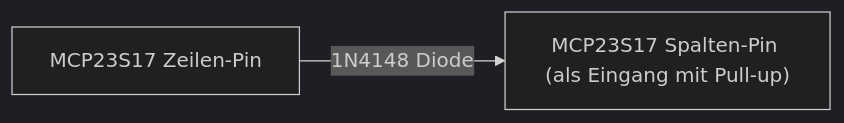
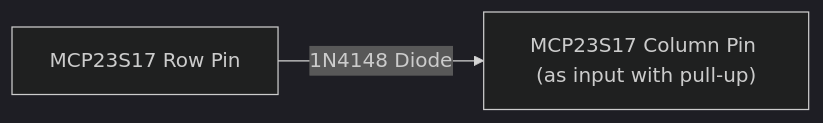
The third of 4 diagrams in CNCpanel_additional_hardware.md (NoLackOfIdeas/CNCpanel-LinuxCNC-Ethercat-ESP32-ESPnow), drawn with Mermaid (dark theme) before and after one commit. The commit also changed other lines of this file, not shown here.

````diff
--- a/CNCpanel_additional_hardware.md
+++ b/CNCpanel_additional_hardware.md
@@ -54,4 +54,4 @@
 ```mermaid
 graph LR
-A[MCP23S17 Zeilen-Pin] -->|" 1N4148 Diode "| B["MCP23S17 Spalten-Pin (als Eingang mit Pull-up)"]
+A[MCP23S17 Row Pin] -->|" 1N4148 Diode "| B["MCP23S17 Column Pin (as input with pull-up)"]
 ```
````
